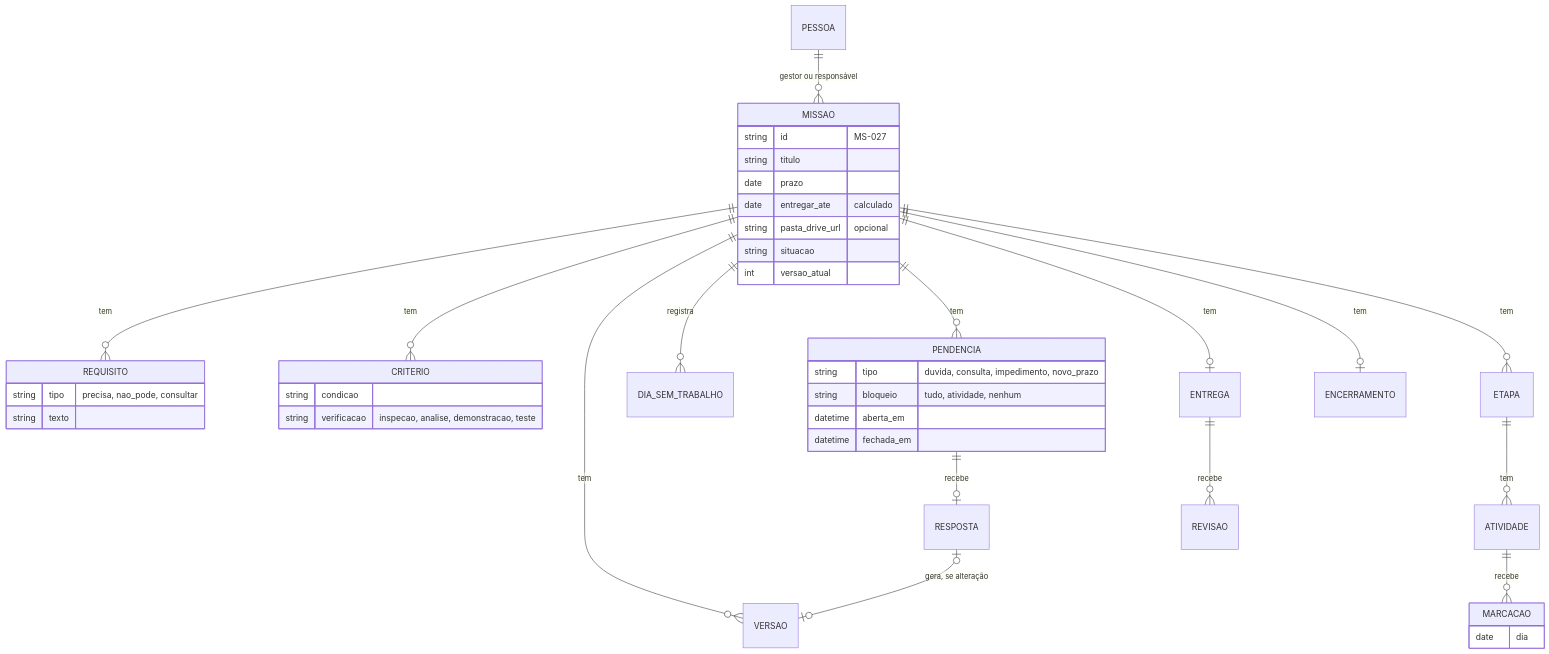
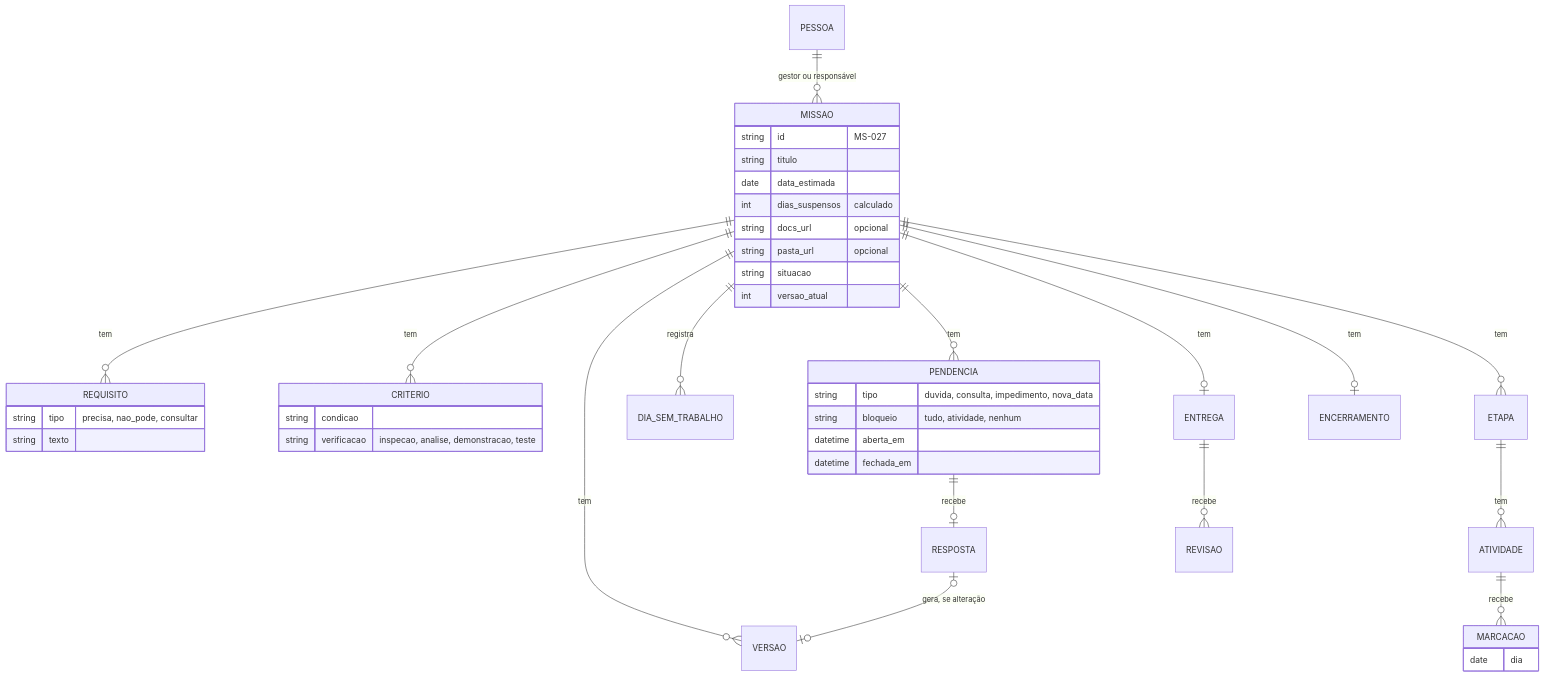
One commit to BR-Tavares/agent-skills changed the first of 2 diagrams in skills/Toyota_para_desenvolvimento/esquema_artefato_agregador.md. Above: the diagram before and after it, drawn with Mermaid. The commit also changed other lines of this file and 2 other files, not shown here.

````diff
--- a/skills/Toyota_para_desenvolvimento/esquema_artefato_agregador.md
+++ b/skills/Toyota_para_desenvolvimento/esquema_artefato_agregador.md
@@ -49,44 +50,45 @@
 ```mermaid
 erDiagram
     MISSAO ||--o{ VERSAO : "tem"
     MISSAO ||--o{ REQUISITO : "tem"
     MISSAO ||--o{ CRITERIO : "tem"
     MISSAO ||--o{ ETAPA : "tem"
     ETAPA ||--o{ ATIVIDADE : "tem"
     ATIVIDADE ||--o{ MARCACAO : "recebe"
     MISSAO ||--o{ DIA_SEM_TRABALHO : "registra"
     MISSAO ||--o{ PENDENCIA : "tem"
     PENDENCIA ||--o| RESPOSTA : "recebe"
     RESPOSTA |o--o| VERSAO : "gera, se alteração"
     MISSAO ||--o| ENTREGA : "tem"
     ENTREGA ||--o{ REVISAO : "recebe"
     MISSAO ||--o| ENCERRAMENTO : "tem"
     PESSOA ||--o{ MISSAO : "gestor ou responsável"
 
     MISSAO {
         string id "MS-027"
         string titulo
-        date prazo
-        date entregar_ate "calculado"
-        string pasta_drive_url "opcional"
+        date data_estimada
+        int dias_suspensos "calculado"
+        string docs_url "opcional"
+        string pasta_url "opcional"
         string situacao
         int versao_atual
     }
     REQUISITO {
         string tipo "precisa, nao_pode, consultar"
         string texto
     }
     CRITERIO {
         string condicao
         string verificacao "inspecao, analise, demonstracao, teste"
     }
     MARCACAO {
         date dia
     }
     PENDENCIA {
-        string tipo "duvida, consulta, impedimento, novo_prazo"
+        string tipo "duvida, consulta, impedimento, nova_data"
         string bloqueio "tudo, atividade, nenhum"
         datetime aberta_em
         datetime fechada_em
     }
 ```
````
